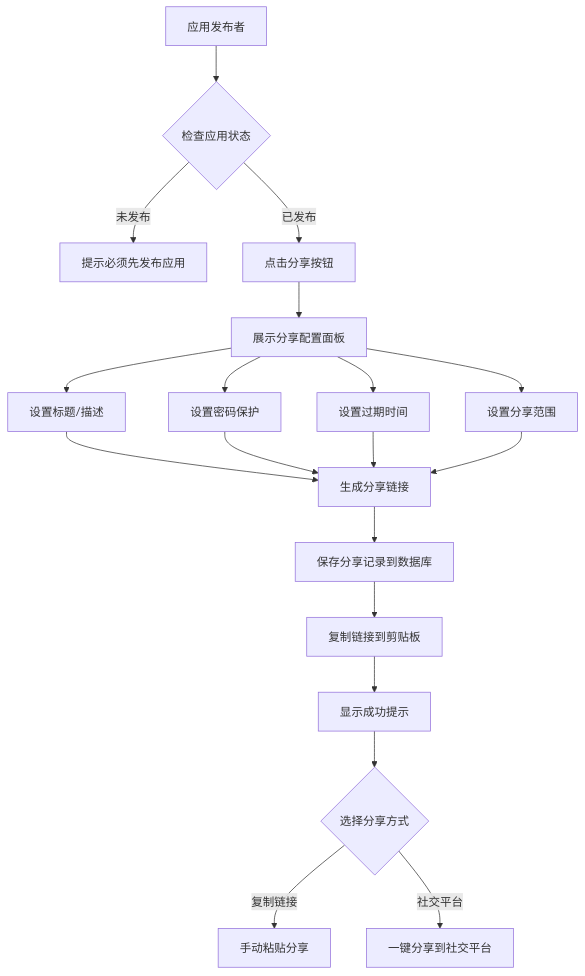
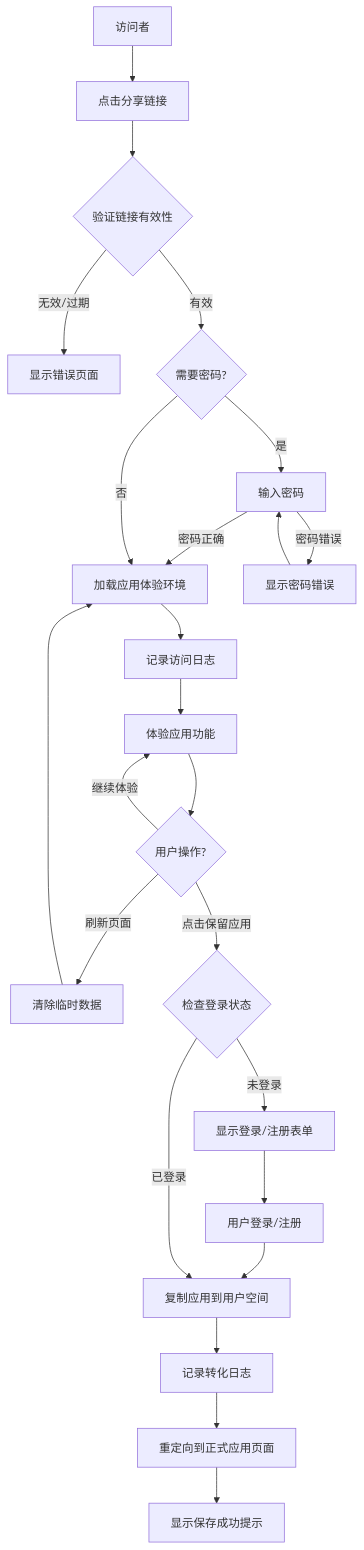
One commit to yingjianzh/iodraw-files changed the diagram in all/未命名-64.md. Above: the diagram before and after it, drawn with Mermaid.

Commit message:
2025-05-21 18:08:27 update

````diff
--- a/all/未命名-64.md
+++ b/all/未命名-64.md
@@ -1,24 +1,38 @@
 ```mermaid
 flowchart TD
-    A[应用发布者] --> B{检查应用状态}
-    B -->|未发布| C[提示必须先发布应用]
-    B -->|已发布| D[点击分享按钮]
-    D --> E[展示分享配置面板]
+    A[访问者] --> B[点击分享链接]
+    B --> C{验证链接有效性}
+    C -->|无效/过期| D[显示错误页面]
+    C -->|有效| E{需要密码?}
     
-    E --> F[设置标题/描述]
-    E --> G[设置密码保护]
-    E --> H[设置过期时间]
-    E --> I[设置分享范围]
+    E -->|是| F[输入密码]
+    F -->|密码正确| G[加载应用体验环境]
+    F -->|密码错误| H[显示密码错误]
+    H --> F
     
-    F & G & H & I --> J[生成分享链接]
-    J --> K[保存分享记录到数据库]
-    K --> L[复制链接到剪贴板]
-    L --> M[显示成功提示]
+    E -->|否| G
     
-    M --> N{选择分享方式}
-    N -->|复制链接| O[手动粘贴分享]
-    N -->|社交平台| P[一键分享到社交平台]
+    G --> I[记录访问日志]
+    I --> J[体验应用功能]
     
-    style B decision
-    style N decision
+    J --> K{用户操作?}
+    K -->|继续体验| J
+    K -->|刷新页面| L[清除临时数据]
+    L --> G
+    
+    K -->|点击保留应用| M{检查登录状态}
+    M -->|未登录| N[显示登录/注册表单]
+    N --> O[用户登录/注册]
+    O --> P[复制应用到用户空间]
+    
+    M -->|已登录| P
+    
+    P --> Q[记录转化日志]
+    Q --> R[重定向到正式应用页面]
+    R --> S[显示保存成功提示]
+    
+    style C decision
+    style E decision
+    style K decision
+    style M decision
 ```
````
